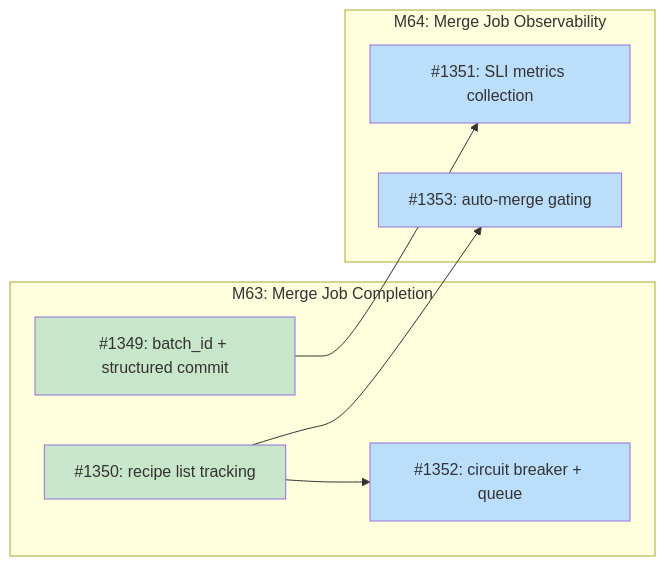
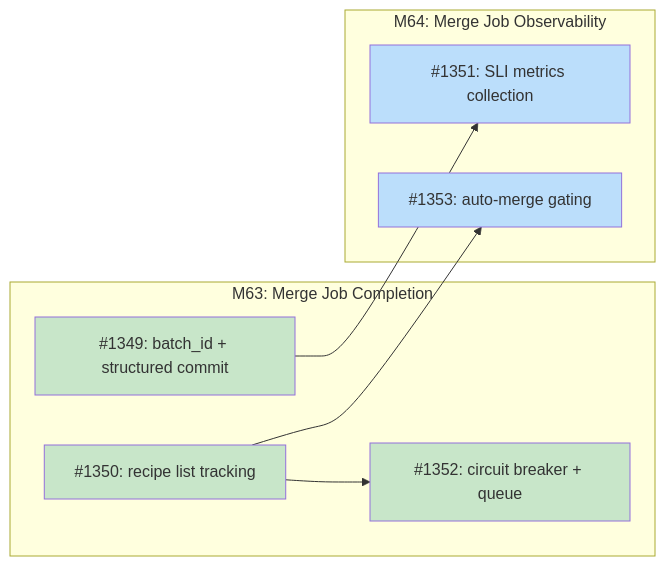
Before and after one commit to tsukumogami/tsuku: the diagram in docs/designs/DESIGN-merge-job-completion.md, drawn with Mermaid. The commit also changed other lines of this file and 1 other file, not shown here.

Commit message:
ci(batch): add circuit breaker and queue status updates (#1376)
Add circuit breaker state tracking and per-recipe queue status updates
to the batch generation merge job.

The circuit breaker step runs unconditionally after batch ID generation,
calling `scripts/update_breaker.sh` with the ecosystem name and a
success/failure outcome derived from whether any recipes passed
validation. This feeds the existing circuit breaker state machine that
prevents repeated failures from consuming CI resources.

Queue status updates run inside the PR creation step, iterating over
included and excluded recipe lists (from #1350) to set per-recipe
statuses in `data/priority-queue.json` via jq. These changes are
committed alongside the recipe files so queue state stays consistent
with the PR contents.

````diff
--- a/docs/designs/DESIGN-merge-job-completion.md
+++ b/docs/designs/DESIGN-merge-job-completion.md
@@ -45,25 +45,26 @@
 ```mermaid
 graph LR
     subgraph M63["M63: Merge Job Completion"]
         I1349["#1349: batch_id + structured commit"]
         I1350["#1350: recipe list tracking"]
         I1352["#1352: circuit breaker + queue"]
     end
 
     subgraph M64["M64: Merge Job Observability"]
         I1351["#1351: SLI metrics collection"]
         I1353["#1353: auto-merge gating"]
     end
 
     I1350 --> I1352
     I1349 --> I1351
     I1350 --> I1353
 
     classDef done fill:#c8e6c9
     classDef ready fill:#bbdefb
     classDef blocked fill:#fff9c4
     classDef needsDesign fill:#e1bee7
 
     class I1349,I1350 done
-    class I1351,I1352,I1353 ready
+    class I1352 done
+    class I1351,I1353 ready
 ```
````
